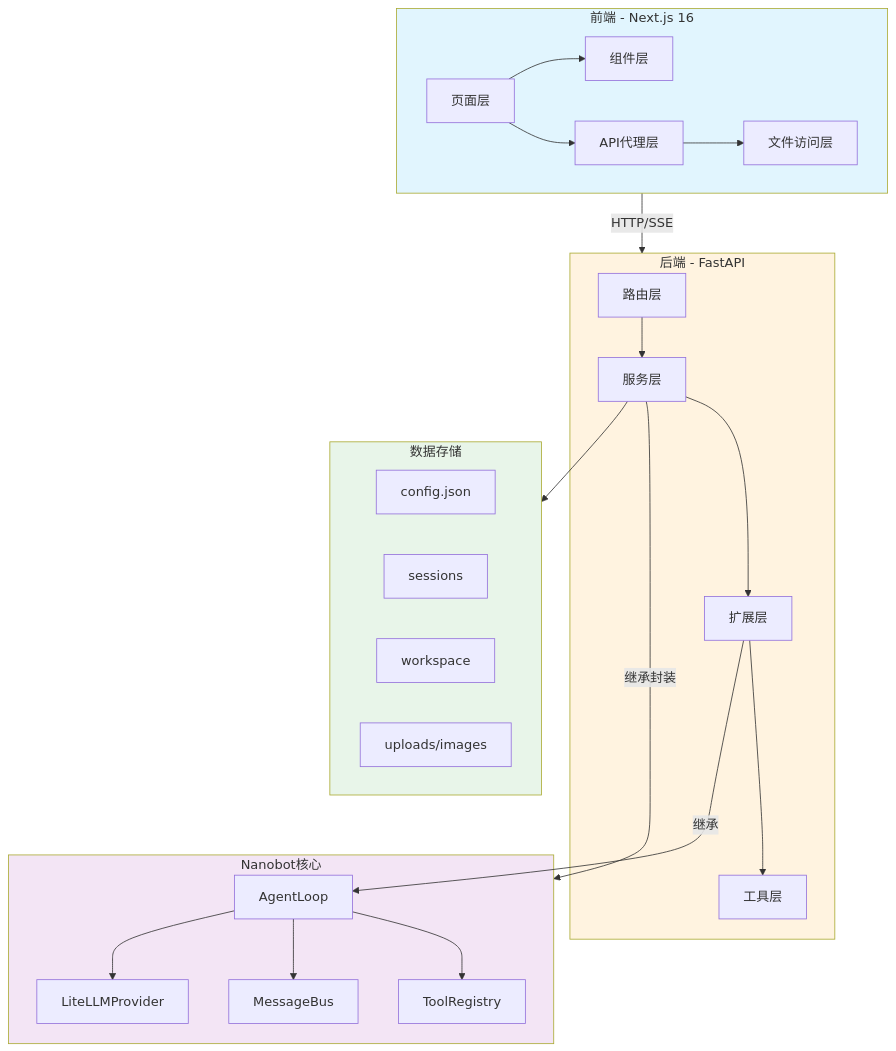
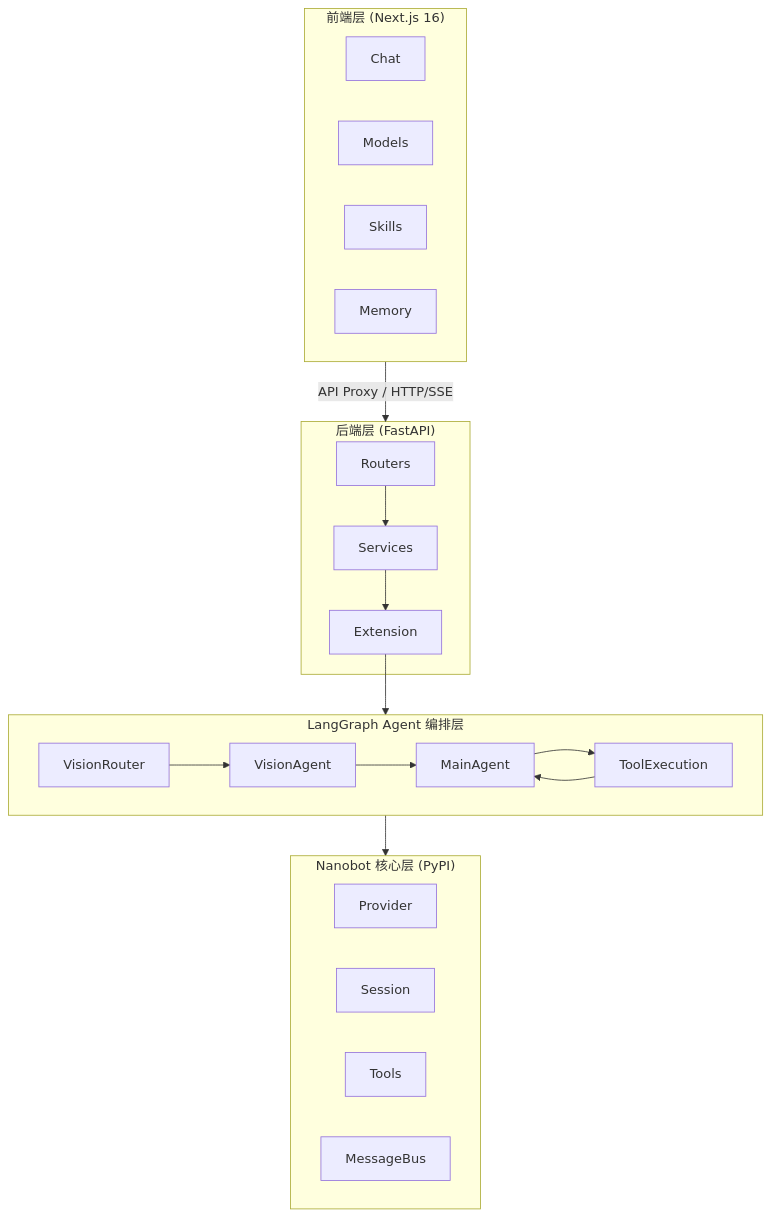
Before and after one commit to SeanXu98/VersaClaw: the first of 2 diagrams in README.md, drawn with Mermaid. The commit also changed other lines of this file and 26 other files, not shown here.

````diff
--- a/README.md
+++ b/README.md
@@ -47,52 +38,40 @@
 ```mermaid
-graph TB
-    subgraph FE[前端 - Next.js 16]
-        Pages[页面层]
-        Components[组件层]
-        APIProxy[API代理层]
-        LibNanobot[文件访问层]
-        
-        Pages --> Components
-        Pages --> APIProxy
-        APIProxy --> LibNanobot
+flowchart TB
+    subgraph Frontend["前端层 (Next.js 16)"]
+        Chat[Chat]
+        Models[Models]
+        Skills[Skills]
+        Memory[Memory]
     end
 
-    subgraph BE[后端 - FastAPI]
-        Routers[路由层]
-        Services[服务层]
-        Extension[扩展层]
-        Utils[工具层]
-        
-        Routers --> Services
-        Services --> Extension
-        Extension --> Utils
+    Frontend -->|"API Proxy / HTTP/SSE"| Backend
+
+    subgraph Backend["后端层 (FastAPI)"]
+        Routers[Routers]
+        Services[Services]
+        Extension[Extension]
+        Routers --> Services --> Extension
     end
 
-    subgraph NC[Nanobot核心]
-        AgentLoop[AgentLoop]
-        Provider[LiteLLMProvider]
-        MsgBus[MessageBus]
-        Tools[ToolRegistry]
+    subgraph LangGraph["LangGraph Agent 编排层"]
+        VisionRouter[VisionRouter]
+        VisionAgent[VisionAgent]
+        MainAgent[MainAgent]
+        ToolExecution[ToolExecution]
         
-        AgentLoop --> Provider
-        AgentLoop --> MsgBus
-        AgentLoop --> Tools
+        VisionRouter --> VisionAgent --> MainAgent
+        MainAgent --> ToolExecution
+        ToolExecution --> MainAgent
     end
 
-    subgraph Storage[数据存储]
-        Config[config.json]
-        Sessions[sessions]
-        Workspace[workspace]
-        Uploads[uploads/images]
+    Extension --> LangGraph
+
+    subgraph Nanobot["Nanobot 核心层 (PyPI)"]
+        Provider[Provider]
+        Session[Session]
+        Tools[Tools]
+        MsgBus[MessageBus]
     end
 
-    FE -->|HTTP/SSE| BE
-    Services -->|继承封装| NC
-    Services --> Storage
-    Extension -->|继承| AgentLoop
-
-    style FE fill:#e1f5fe
-    style BE fill:#fff3e0
-    style NC fill:#f3e5f5
-    style Storage fill:#e8f5e9
+    LangGraph --> Nanobot
 ```
````
